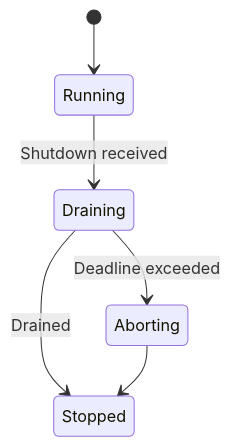
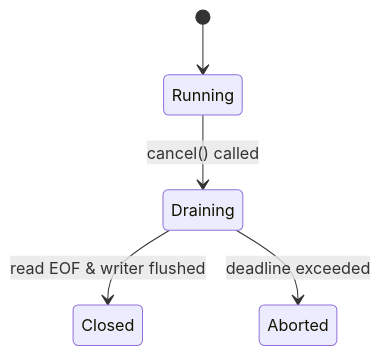
Before and after one commit to Y3LLOWVESTS/rustyonions: the fourth of 4 diagrams in crates/ron-transport/docs/CONCURRENCY.MD, drawn with Mermaid. The commit also changed other lines of this file and 99 other files, not shown here.

````diff
--- a/crates/ron-transport/docs/CONCURRENCY.MD
+++ b/crates/ron-transport/docs/CONCURRENCY.MD
@@ -143,8 +338,7 @@
 ```mermaid
 stateDiagram-v2
   [*] --> Running
-  Running --> Draining: Shutdown received
-  Draining --> Aborting: Deadline exceeded
-  Draining --> Stopped: Drained
-  Aborting --> Stopped
+  Running --> Draining: cancel() called
+  Draining --> Closed: read EOF & writer flushed
+  Draining --> Aborted: deadline exceeded
 ```
````
